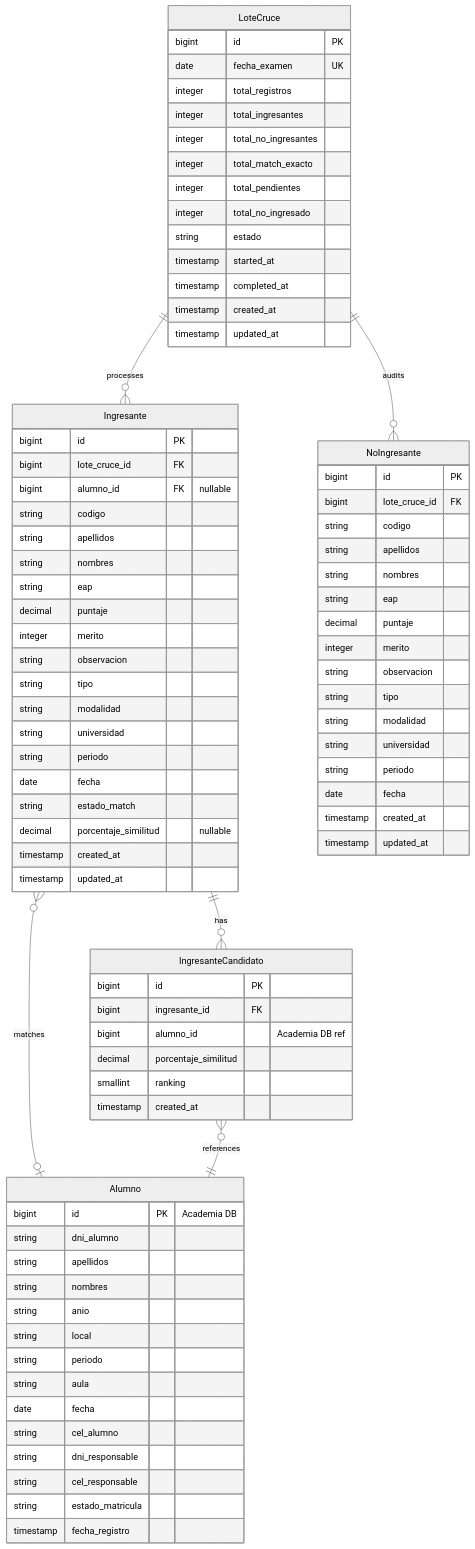
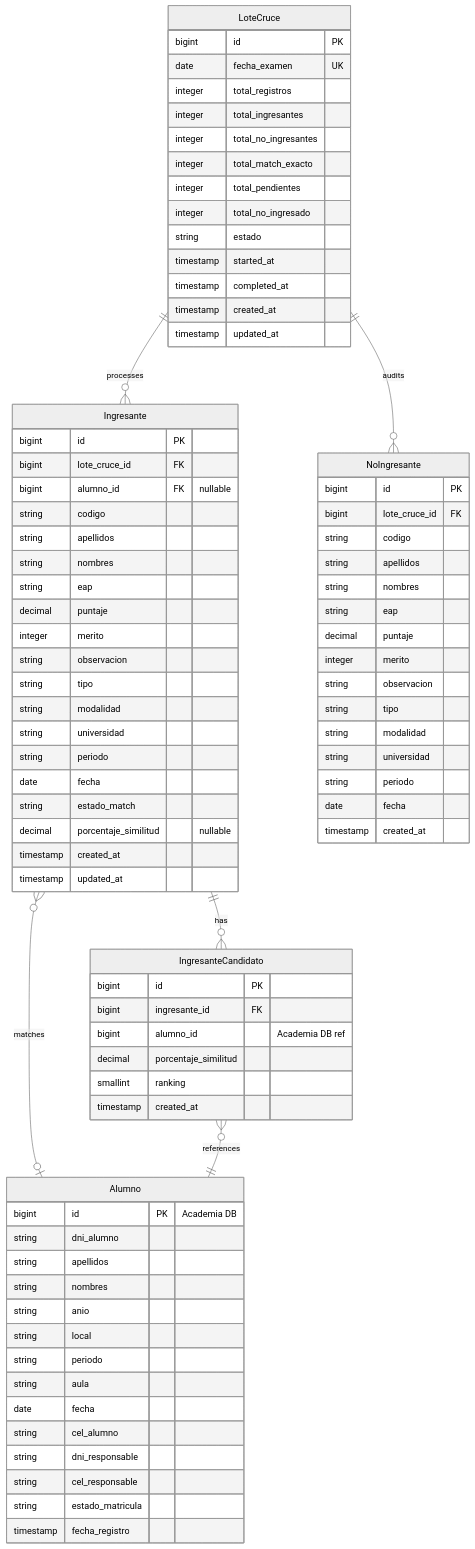
Before and after one commit to renzo971/proyectovonex: the diagram in .specify/specs/001-motor-cruce-ingresantes/data-model.md, drawn with Mermaid (neutral theme). The commit also changed 1 other file, not shown here.

Commit message:
docs(cruce): align schema and event definitions by removing correlation_id

```diff
--- a/.specify/specs/001-motor-cruce-ingresantes/data-model.md
+++ b/.specify/specs/001-motor-cruce-ingresantes/data-model.md
@@ -70,7 +70,6 @@
         string periodo
         date fecha
         timestamp created_at
-        timestamp updated_at
     }
 
     IngresanteCandidato {
```
